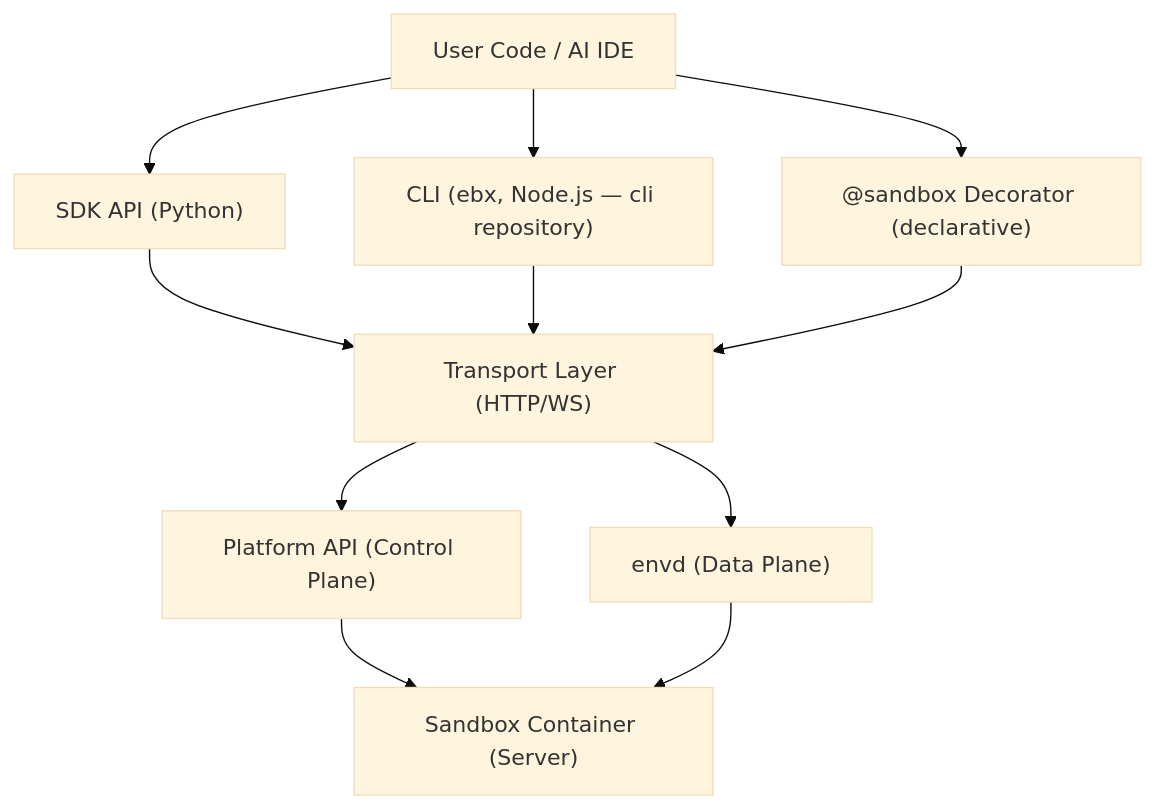
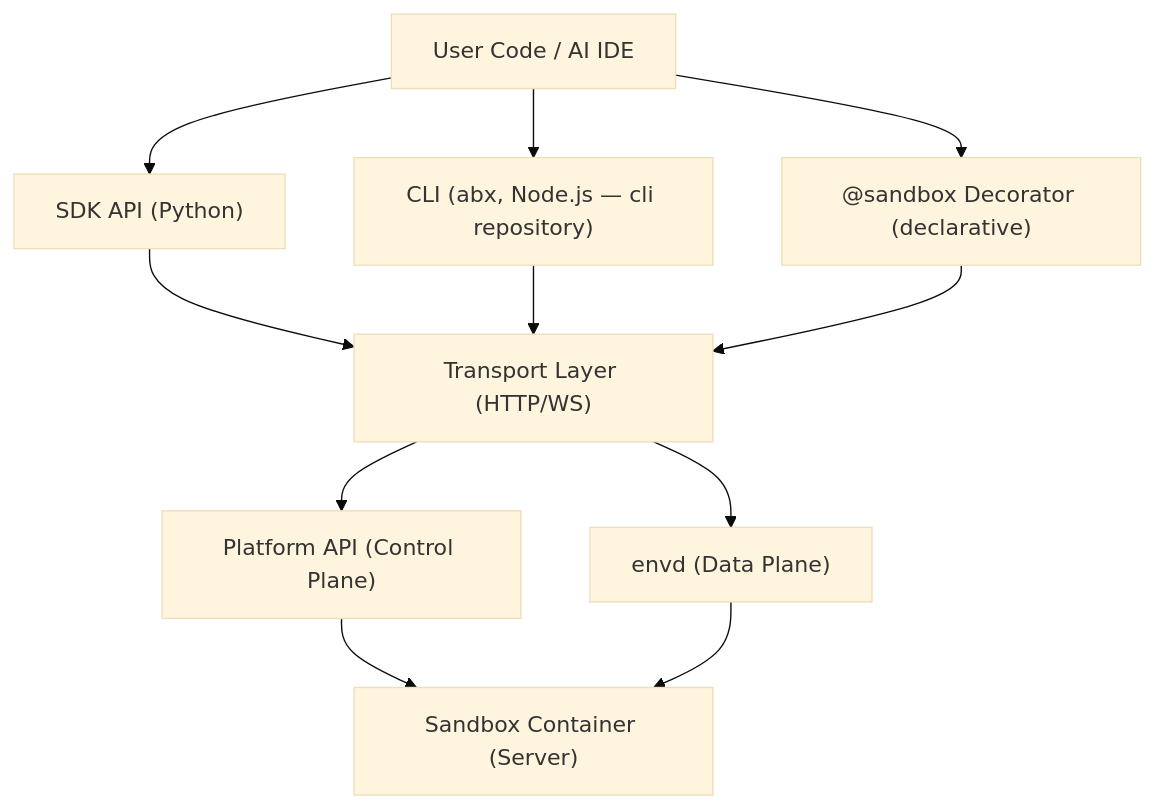
One commit to Alibaba-Agent-Sandbox/python-sdk changed the first of 3 diagrams in docs/en/explanation/architecture-overview.md. Above: the diagram before and after it, drawn with Mermaid (base theme). The commit also changed other lines of this file and 819 other files, not shown here.

````diff
--- a/docs/en/explanation/architecture-overview.md
+++ b/docs/en/explanation/architecture-overview.md
@@ -11,22 +11,22 @@
 ```mermaid
 graph TB
     User["User Code / AI IDE"]
     SDK["SDK API (Python)"]
-    CLI["CLI (ebx, Node.js — cli repository)"]
+    CLI["CLI (abx, Node.js — cli repository)"]
     Decl["@sandbox Decorator (declarative)"]
     Transport["Transport Layer (HTTP/WS)"]
     Platform["Platform API (Control Plane)"]
     Envd["envd (Data Plane)"]
     Server["Sandbox Container (Server)"]
 
     User --> SDK
     User --> CLI
     User --> Decl
     SDK --> Transport
     CLI --> Transport
     Decl --> Transport
     Transport --> Platform
     Transport --> Envd
     Platform --> Server
     Envd --> Server
 ```
````
